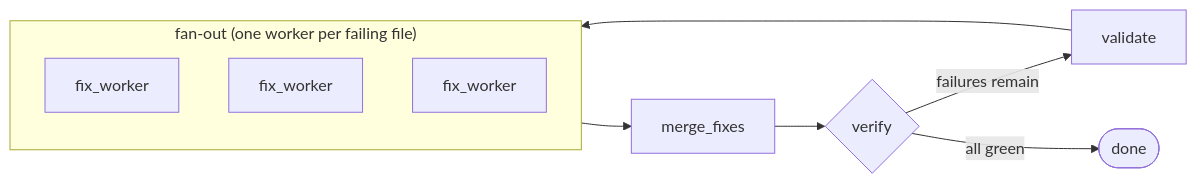
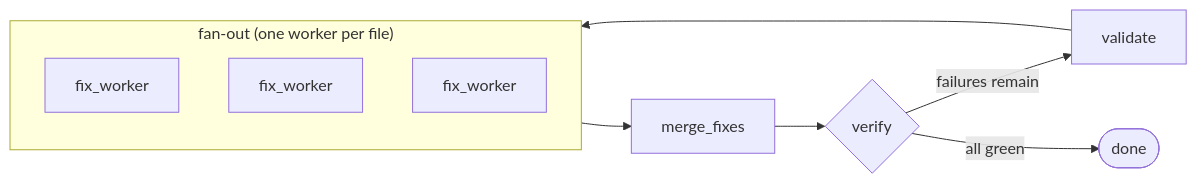
One commit to GEMISIS/leviath changed the fourth of 11 diagrams in README.md. Above: the diagram before and after it, drawn with Mermaid. The commit also changed other lines of this file, not shown here.

First line of the commit message:
docs(readme): move agent workflow graphs into the table (HTML table w/ inline mermaid)

````diff
--- a/README.md
+++ b/README.md
@@ -354,10 +367,10 @@
 ```mermaid
 flowchart LR
   validate --> parallel_fix
-  subgraph parallel_fix["fan-out (one worker per failing file)"]
+  subgraph parallel_fix["fan-out (one worker per file)"]
     w1[fix_worker] & w2[fix_worker] & w3[fix_worker]
   end
   parallel_fix --> merge_fixes --> verify{verify}
   verify -->|failures remain| validate
   verify -->|all green| done([done])
 ```
````
